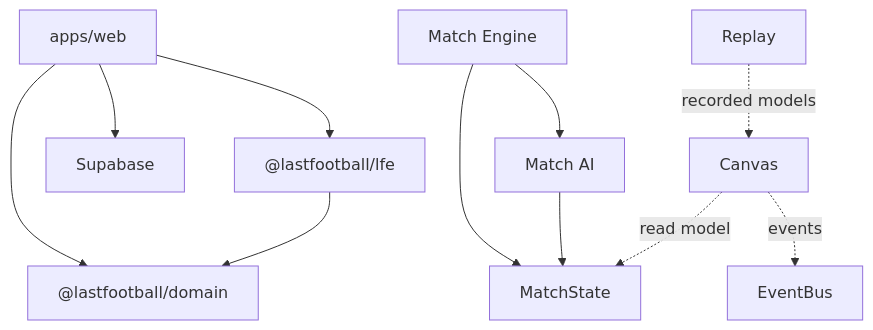
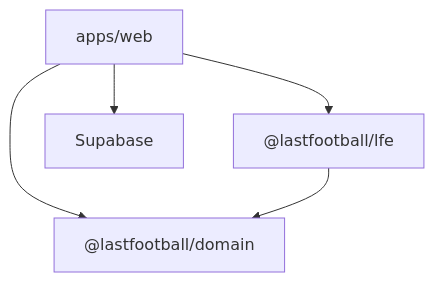
Before and after one commit to dawidthai125/lastfootball: the second of 2 diagrams in docs/ARCHITECTURE.md, drawn with Mermaid. The commit also changed other lines of this file and 28 other files, not shown here.

````diff
--- a/docs/ARCHITECTURE.md
+++ b/docs/ARCHITECTURE.md
@@ -100,17 +110,11 @@
 ```mermaid
 flowchart TB
   web[apps/web]
   lfe["@lastfootball/lfe"]
   dom["@lastfootball/domain"]
   sb[Supabase]
   web --> lfe
   web --> dom
   web --> sb
   lfe --> dom
-  eng[Match Engine] --> ai[Match AI]
-  eng --> ms[MatchState]
-  ai --> ms
-  canvas[Canvas] -.->|read model| ms
-  canvas -.->|events| eb[EventBus]
-  replay[Replay] -.->|recorded models| canvas
 ```
````
